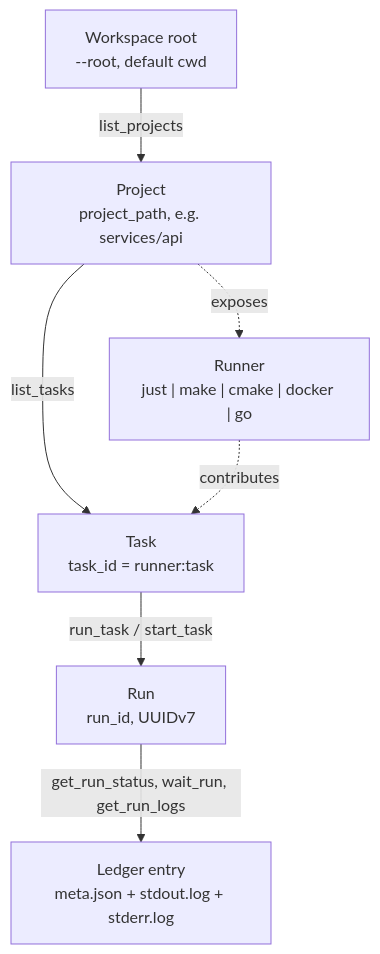
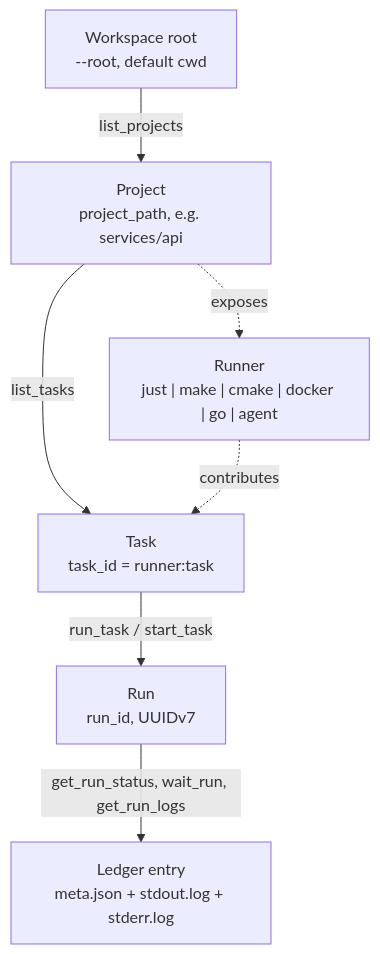
One commit to palchukovsky/just-mcp-work changed the first of 2 diagrams in docs/agent-guide.md. Above: the diagram before and after it, drawn with Mermaid. The commit also changed other lines of this file and 7 other files, not shown here.

````diff
--- a/docs/agent-guide.md
+++ b/docs/agent-guide.md
@@ -46,16 +46,16 @@
 ```mermaid
 flowchart TD
     W["Workspace root<br/>--root, default cwd"]
     P["Project<br/>project_path, e.g. services/api"]
-    R["Runner<br/>just | make | cmake | docker | go"]
+    R["Runner<br/>just | make | cmake | docker | go | agent"]
     T["Task<br/>task_id = runner:task"]
     N["Run<br/>run_id, UUIDv7"]
     L["Ledger entry<br/>meta.json + stdout.log + stderr.log"]
 
     W -->|list_projects| P
     P -->|list_tasks| T
     R -.->|contributes| T
     P -.->|exposes| R
     T -->|run_task / start_task| N
     N -->|get_run_status, wait_run, get_run_logs| L
 ```
````
